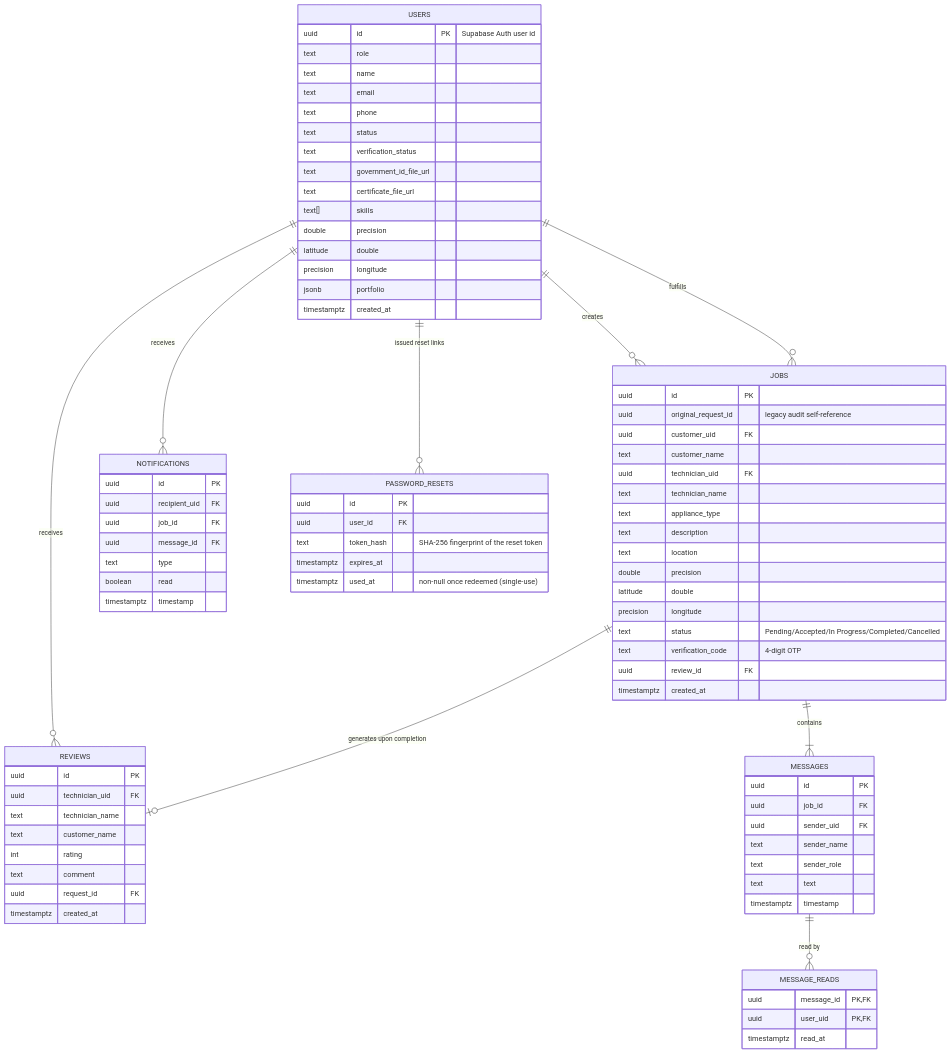
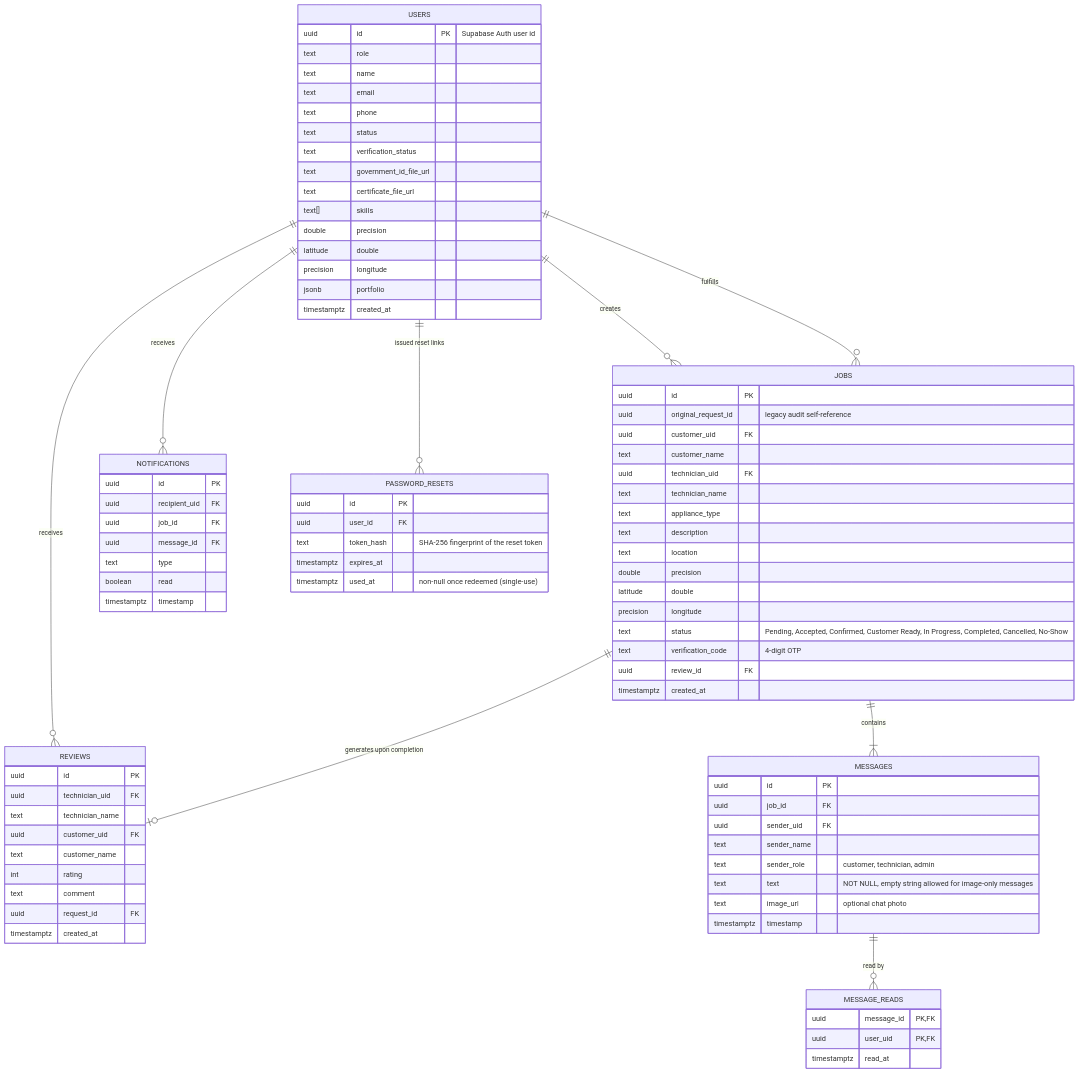
One commit to xcell321/fixlinksupabase changed the first of 2 diagrams in Fixlinkmobile/context/SCHEMA.md. Above: the diagram before and after it, drawn with Mermaid. The commit also changed other lines of this file and 10 other files, not shown here.

Commit message:
docs: refresh context schemas and product guides for chat photo and sheets

```diff
--- a/Fixlinkmobile/context/SCHEMA.md
+++ b/Fixlinkmobile/context/SCHEMA.md
@@ -50,7 +50,7 @@
         text location
         double precision latitude
         double precision longitude
-        text status "Pending/Accepted/In Progress/Completed/Cancelled"
+        text status "Pending, Accepted, Confirmed, Customer Ready, In Progress, Completed, Cancelled, No-Show"
         text verification_code "4-digit OTP"
         uuid review_id FK
         timestamptz created_at
@@ -61,8 +61,9 @@
         uuid job_id FK
         uuid sender_uid FK
         text sender_name
-        text sender_role
-        text text
+        text sender_role "customer, technician, admin"
+        text text "NOT NULL, empty string allowed for image-only messages"
+        text image_url "optional chat photo"
         timestamptz timestamp
     }
 
@@ -76,6 +77,7 @@
         uuid id PK
         uuid technician_uid FK
         text technician_name
+        uuid customer_uid FK
         text customer_name
         int rating
         text comment
```
